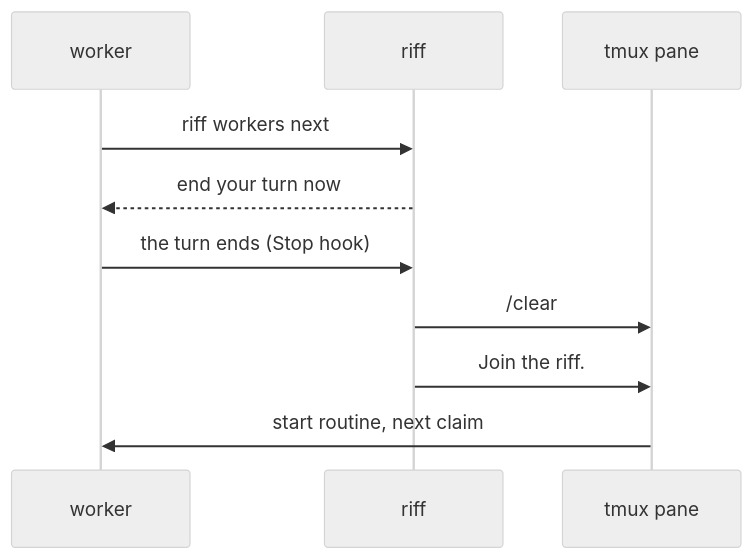
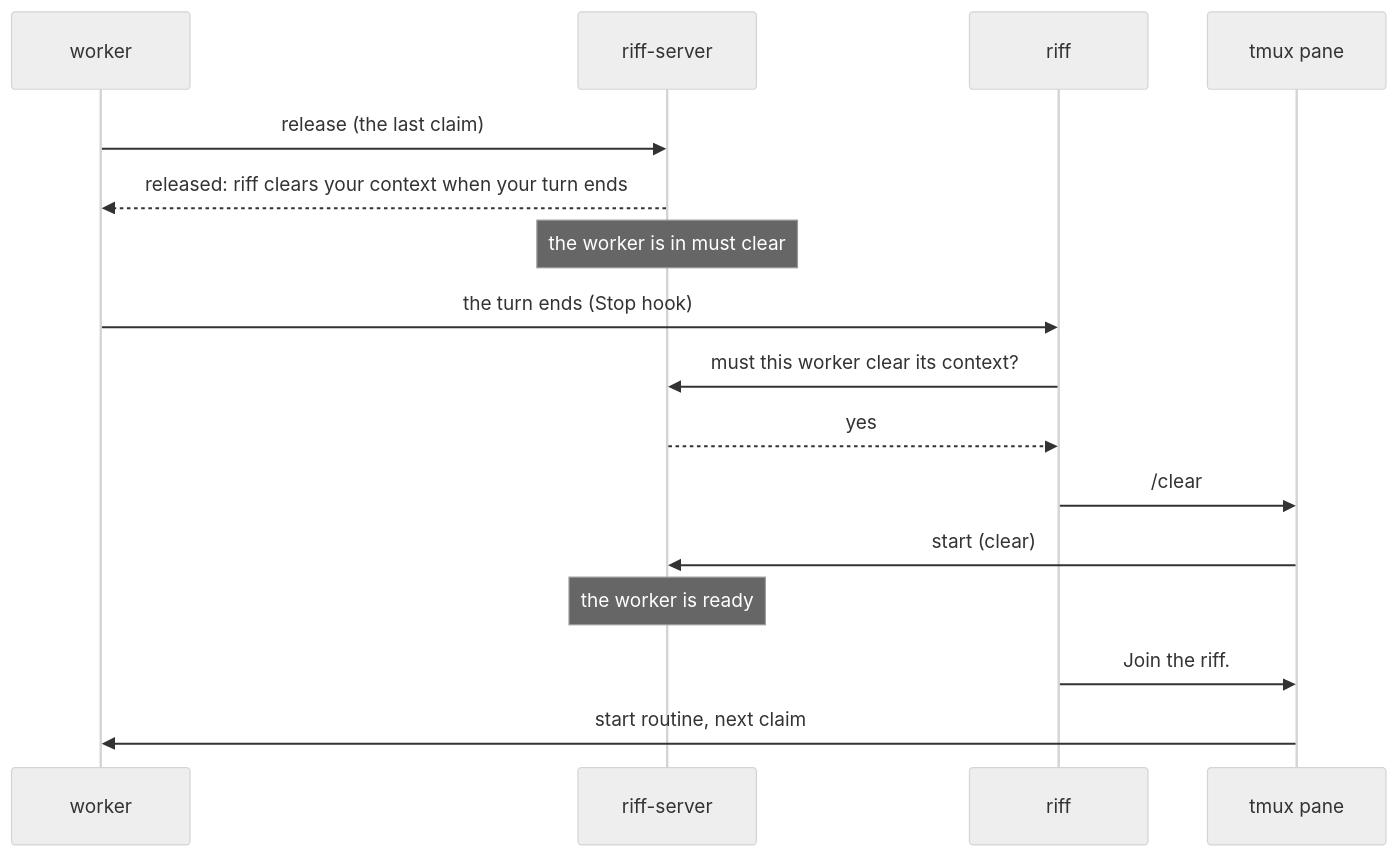
One commit to como-technologies/riff changed diagram 45 of 51 in docs/src/how-it-works.md. Above: the diagram before and after it, drawn with Mermaid (neutral theme). The commit also changed other lines of this file and 20 other files, not shown here.

First line of the commit message:
riff clears the context of a worker when its turn ends after its last release (#438)

````diff
--- a/docs/src/how-it-works.md
+++ b/docs/src/how-it-works.md
@@ -3141,12 +3143,18 @@
 ```mermaid
 sequenceDiagram
     participant W as worker
+    participant S as riff-server
     participant R as riff
     participant T as tmux pane
-    W->>R: riff workers next
-    R-->>W: end your turn now
+    W->>S: release (the last claim)
+    S-->>W: released: riff clears your context when your turn ends
+    Note over S: the worker is in must clear
     W->>R: the turn ends (Stop hook)
+    R->>S: must this worker clear its context?
+    S-->>R: yes
     R->>T: /clear
+    T->>S: start (clear)
+    Note over S: the worker is ready
     R->>T: Join the riff.
     T->>W: start routine, next claim
 ```
````
